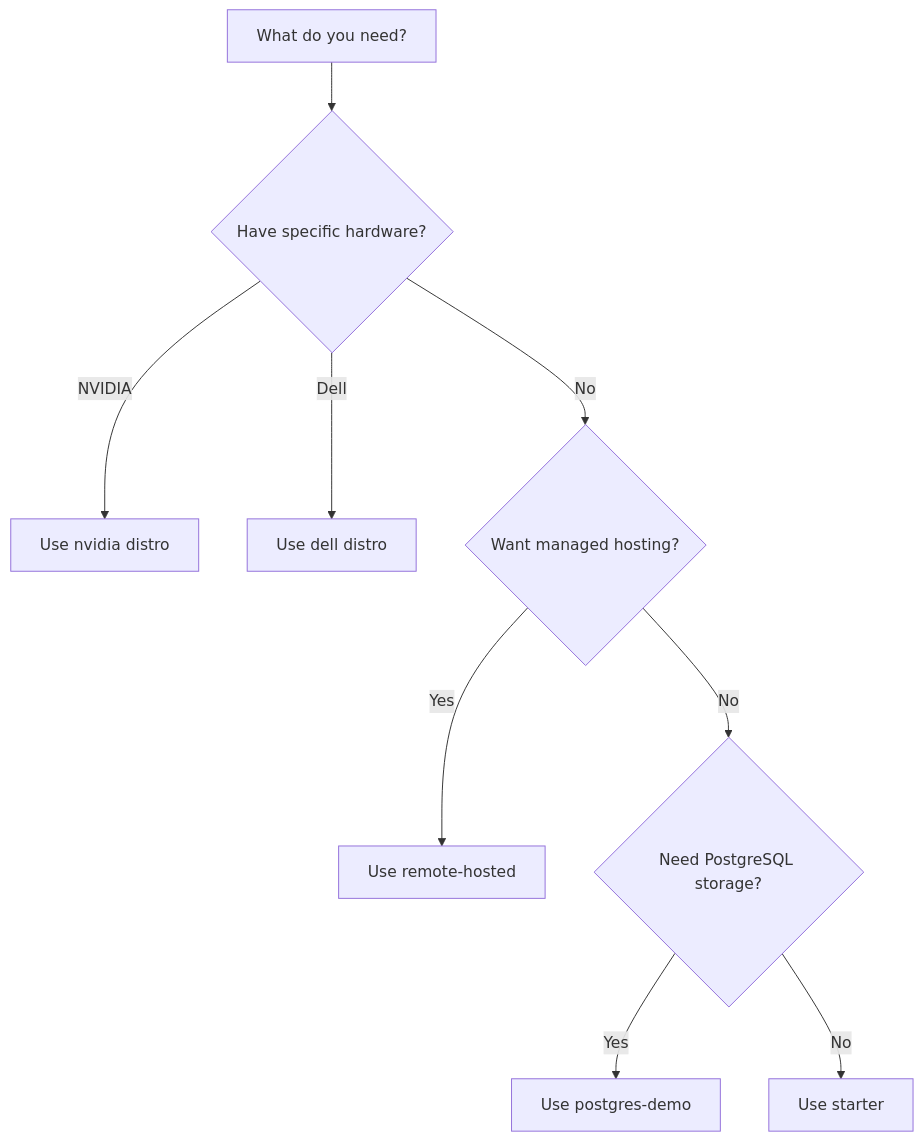
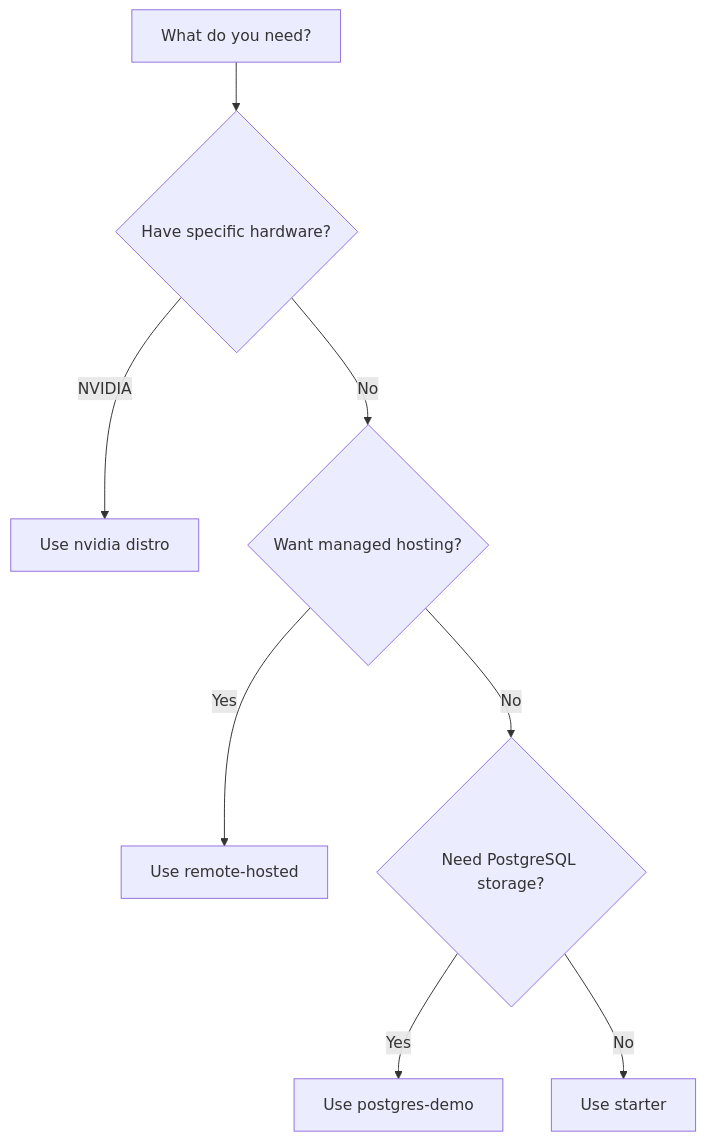
One commit to skamenan7/llama-stack changed the diagram in docs/docs/distributions/list_of_distributions.mdx. Above: the diagram before and after it, drawn with Mermaid. The commit also changed other lines of this file and 6 other files, not shown here.

````diff
--- a/docs/docs/distributions/list_of_distributions.mdx
+++ b/docs/docs/distributions/list_of_distributions.mdx
@@ -64,11 +59,10 @@
 ```mermaid
 graph TD
     A[What do you need?] --> B{Have specific hardware?}
     B -->|NVIDIA| C[Use nvidia distro]
-    B -->|Dell| G[Use dell distro]
     B -->|No| D{Want managed hosting?}
     D -->|Yes| E[Use remote-hosted]
     D -->|No| J{Need PostgreSQL storage?}
     J -->|Yes| K[Use postgres-demo]
     J -->|No| F[Use starter]
 ```
````
